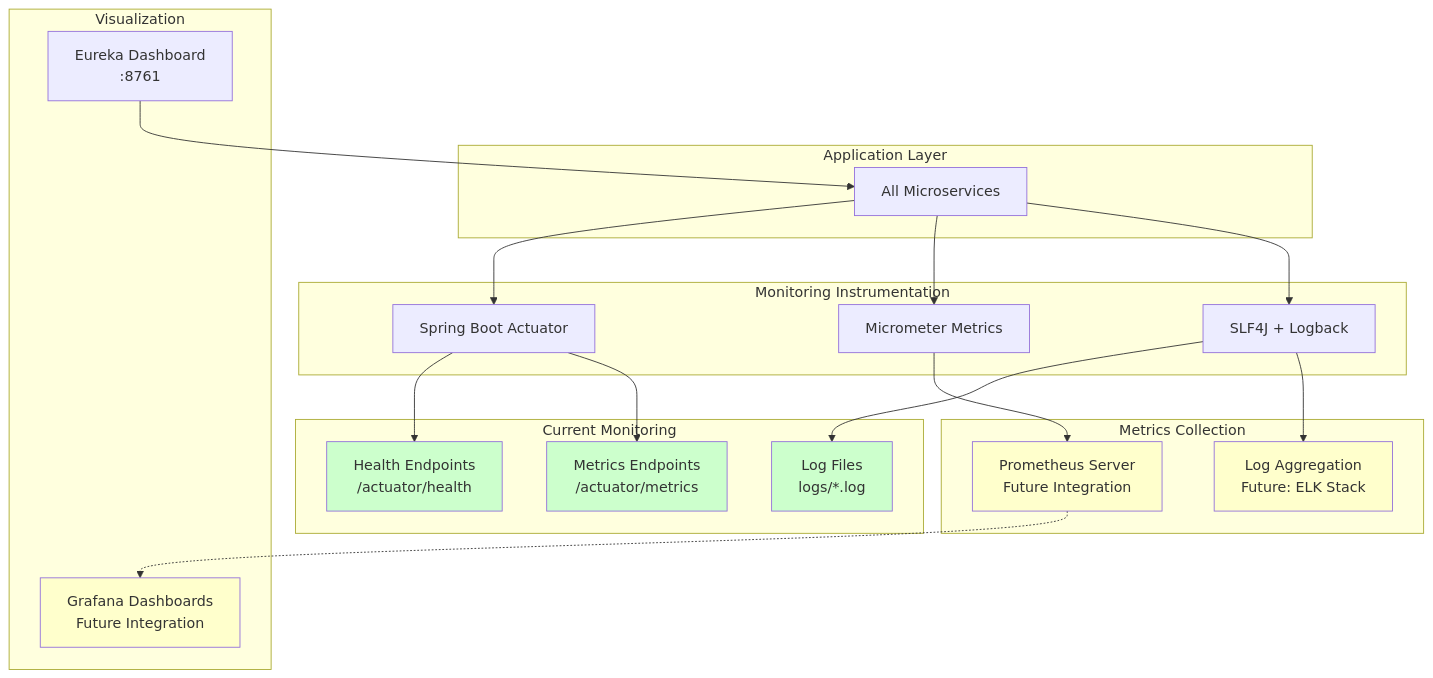
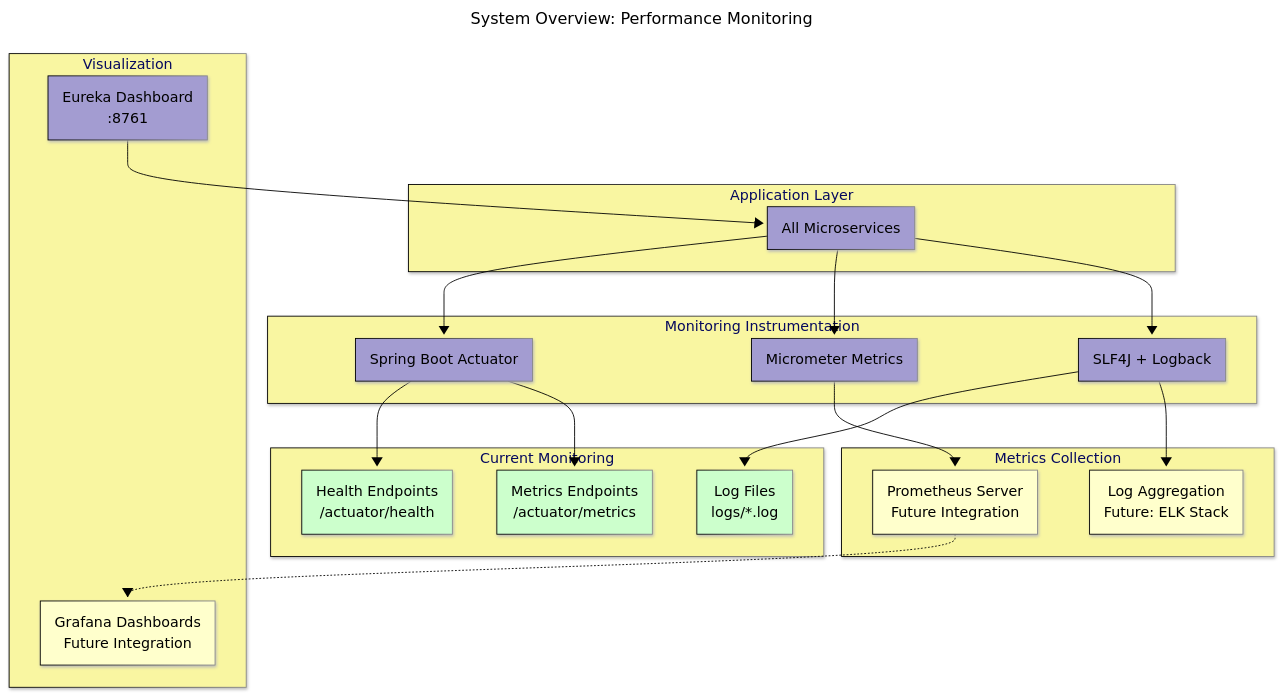
Before and after one commit to BrunoGil-AS/Vending-Machine-Microservices: the eighth of 8 diagrams in Documentation/diagrams/system-overview.md, drawn with Mermaid. The commit also changed other lines of this file and 7 other files, not shown here.

Commit message:
docs: Update service diagrams with new configurations and titles

````diff
--- a/Documentation/diagrams/system-overview.md
+++ b/Documentation/diagrams/system-overview.md
@@ -553,48 +651,62 @@
 ```mermaid
+---
+config:
+  theme: base
+  themeVariables:
+    primaryColor: '#a39cd1ff'
+    primaryTextColor: '#000000'
+    secondaryTextColor: '#ffffffff'
+    primaryBorderColor: '#000000'
+    lineColor: '#000000ff'
+    secondaryColor: '#90b590ff'
+    tertiaryColor: '#f9f6a1ff'
+  look: neo
+title: 'System Overview: Performance Monitoring'
+---
 graph TB
     subgraph "Application Layer"
         SERVICES[All Microservices]
     end
 
     subgraph "Monitoring Instrumentation"
         ACTUATOR[Spring Boot Actuator]
         MICROMETER[Micrometer Metrics]
         LOGGING[SLF4J + Logback]
     end
 
     subgraph "Metrics Collection"
         PROMETHEUS[Prometheus Server<br/>Future Integration]
         LOG_AGGREGATOR[Log Aggregation<br/>Future: ELK Stack]
     end
 
     subgraph "Visualization"
         GRAFANA[Grafana Dashboards<br/>Future Integration]
         EUREKA_UI[Eureka Dashboard<br/>:8761]
     end
 
     subgraph "Current Monitoring"
         HEALTH[Health Endpoints<br/>/actuator/health]
         METRICS[Metrics Endpoints<br/>/actuator/metrics]
         LOGS[Log Files<br/>logs/*.log]
     end
 
     SERVICES --> ACTUATOR
     SERVICES --> MICROMETER
     SERVICES --> LOGGING
 
     ACTUATOR --> HEALTH
     ACTUATOR --> METRICS
     MICROMETER --> PROMETHEUS
     LOGGING --> LOGS
     LOGGING --> LOG_AGGREGATOR
 
     PROMETHEUS -.-> GRAFANA
     EUREKA_UI --> SERVICES
 
     style HEALTH fill:#ccffcc
     style METRICS fill:#ccffcc
     style LOGS fill:#ccffcc
     style PROMETHEUS fill:#ffffcc
     style GRAFANA fill:#ffffcc
     style LOG_AGGREGATOR fill:#ffffcc
 ```
````
